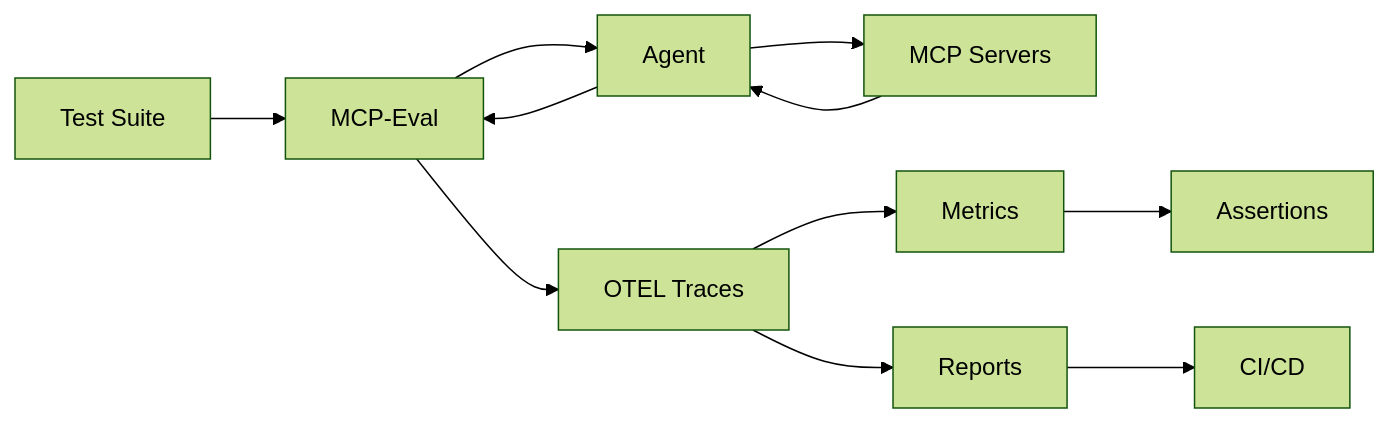
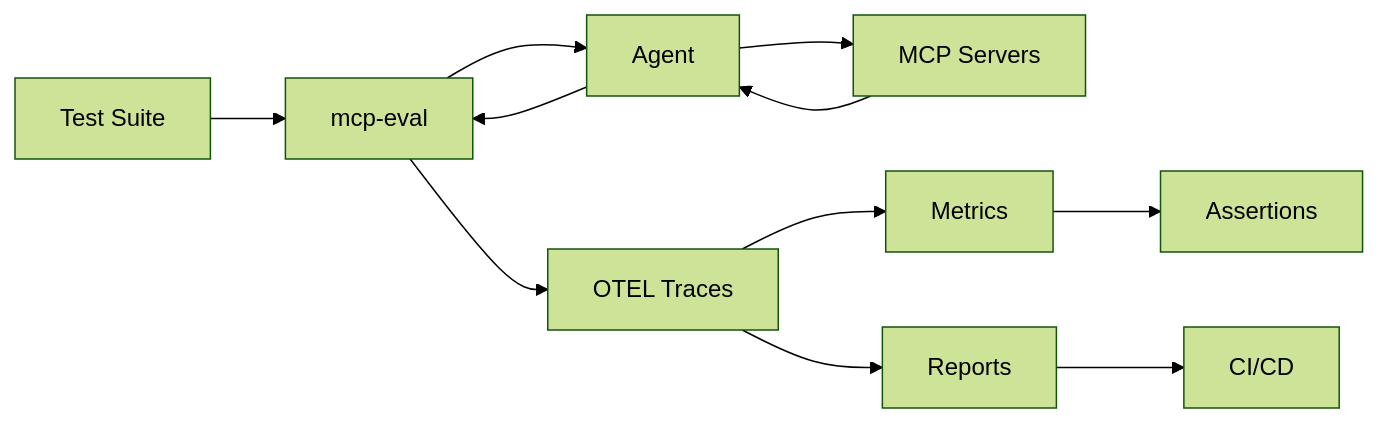
Before and after one commit to lastmile-ai/mcp-eval: the diagram in docs/overview.mdx, drawn with Mermaid (forest theme). The commit also changed 14 other files, not shown here.

Commit message:
MCP-Eval -> mcp-eval and some fixes to claude code section

````diff
--- a/docs/overview.mdx
+++ b/docs/overview.mdx
@@ -95,13 +95,13 @@
 ```mermaid
 graph LR
-    A[Test Suite] --> B[MCP-Eval]
+    A[Test Suite] --> B[mcp-eval]
     B --> C[Agent]
     C --> D[MCP Servers]
     D --> C
     C --> B
     B --> E[OTEL Traces]
     E --> F[Metrics]
     E --> G[Reports]
     F --> H[Assertions]
     G --> I[CI/CD]
 ```
````
